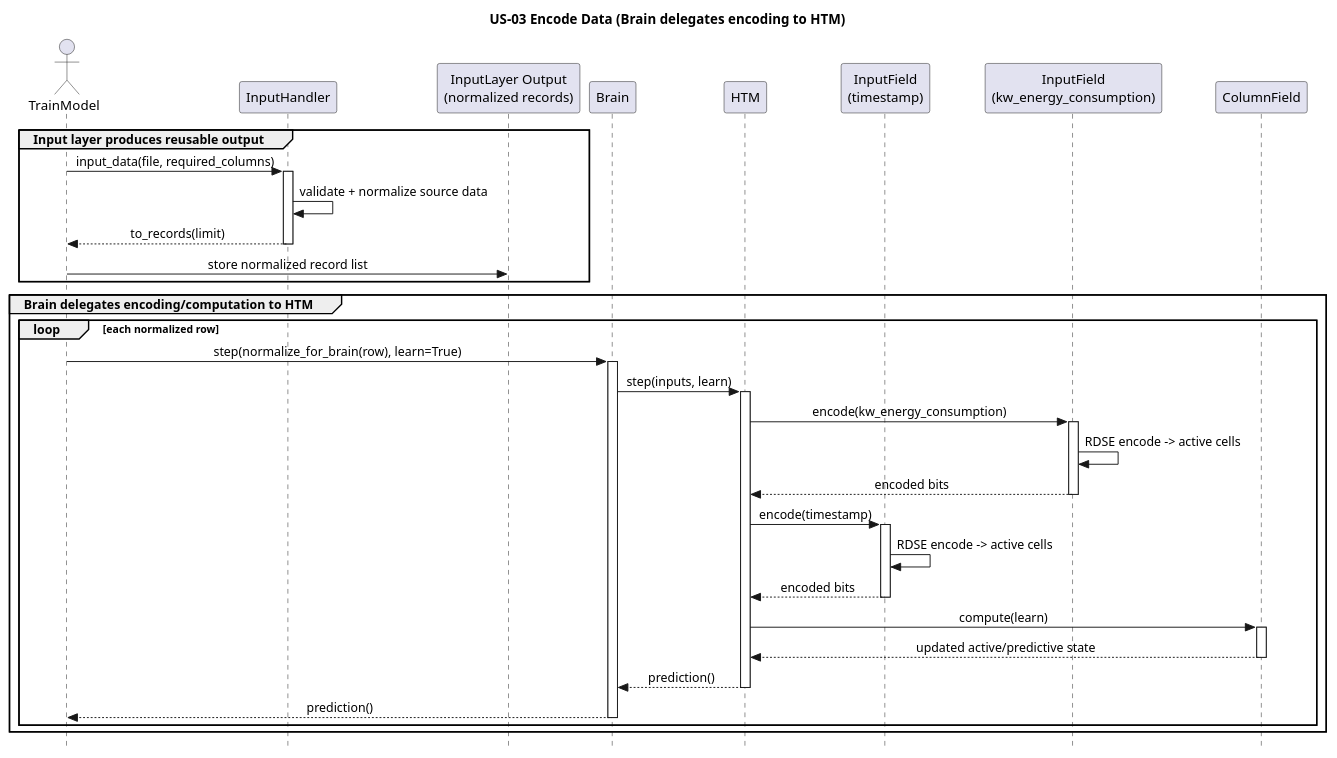
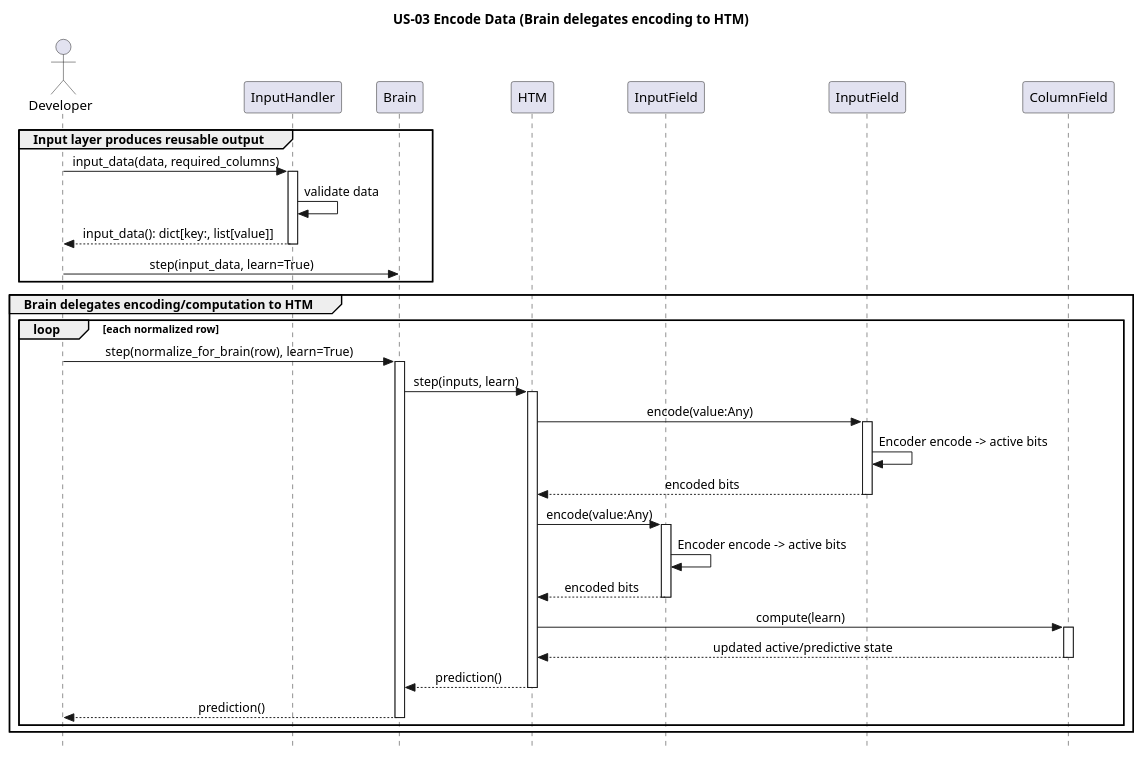
One commit to egrembocki/htmrl changed the diagram in docs/puml/US/us-03.puml. Above: the diagram before and after it, drawn with PlantUML. The commit also changed 3 other files, not shown here.

```diff
--- a/docs/puml/US/us-03.puml
+++ b/docs/puml/US/us-03.puml
@@ -1,55 +1,55 @@
 @startuml
 skinparam style strictuml
 skinparam sequenceMessageAlign center
 skinparam responseMessageBelowArrow true
 title US-03 Encode Data (Brain delegates encoding to HTM)
 
-actor TrainModel
+actor Developer
 participant "InputHandler" as IH
-participant "InputLayer Output\n(normalized records)" as ILO
 participant "Brain" as B
 participant "HTM" as H
-participant "InputField\n(timestamp)" as IFTS
-participant "InputField\n(kw_energy_consumption)" as IFKWH
+participant "InputField" as IFTS
+participant "InputField" as IFKWH
 participant "ColumnField" as CF
 
 group Input layer produces reusable output
-  TrainModel -> IH: input_data(file, required_columns)
+  Developer -> IH: input_data(data, required_columns)
   activate IH
-  IH -> IH: validate + normalize source data
-  IH --> TrainModel: to_records(limit)
+  IH -> IH: validate data
+  IH --> Developer: input_data(): dict[key:, list[value]]
+
   deactivate IH
-  TrainModel -> ILO: store normalized record list
+  Developer -> B: step(input_data, learn=True)
 end
 
 group Brain delegates encoding/computation to HTM
   loop each normalized row
-    TrainModel -> B: step(normalize_for_brain(row), learn=True)
+    Developer -> B: step(normalize_for_brain(row), learn=True)
     activate B
     B -> H: step(inputs, learn)
     activate H
 
-    H -> IFKWH: encode(kw_energy_consumption)
+    H -> IFKWH: encode(value:Any)
     activate IFKWH
-    IFKWH -> IFKWH: RDSE encode -> active cells
+    IFKWH -> IFKWH: Encoder encode -> active bits
     IFKWH --> H: encoded bits
     deactivate IFKWH
 
-    H -> IFTS: encode(timestamp)
+    H -> IFTS: encode(value:Any)
     activate IFTS
-    IFTS -> IFTS: RDSE encode -> active cells
+    IFTS -> IFTS: Encoder encode -> active bits
     IFTS --> H: encoded bits
     deactivate IFTS
 
     H -> CF: compute(learn)
     activate CF
     CF --> H: updated active/predictive state
     deactivate CF
 
     H --> B: prediction()
     deactivate H
-    B --> TrainModel: prediction()
+    B --> Developer: prediction()
     deactivate B
   end
 end
 @enduml
```
